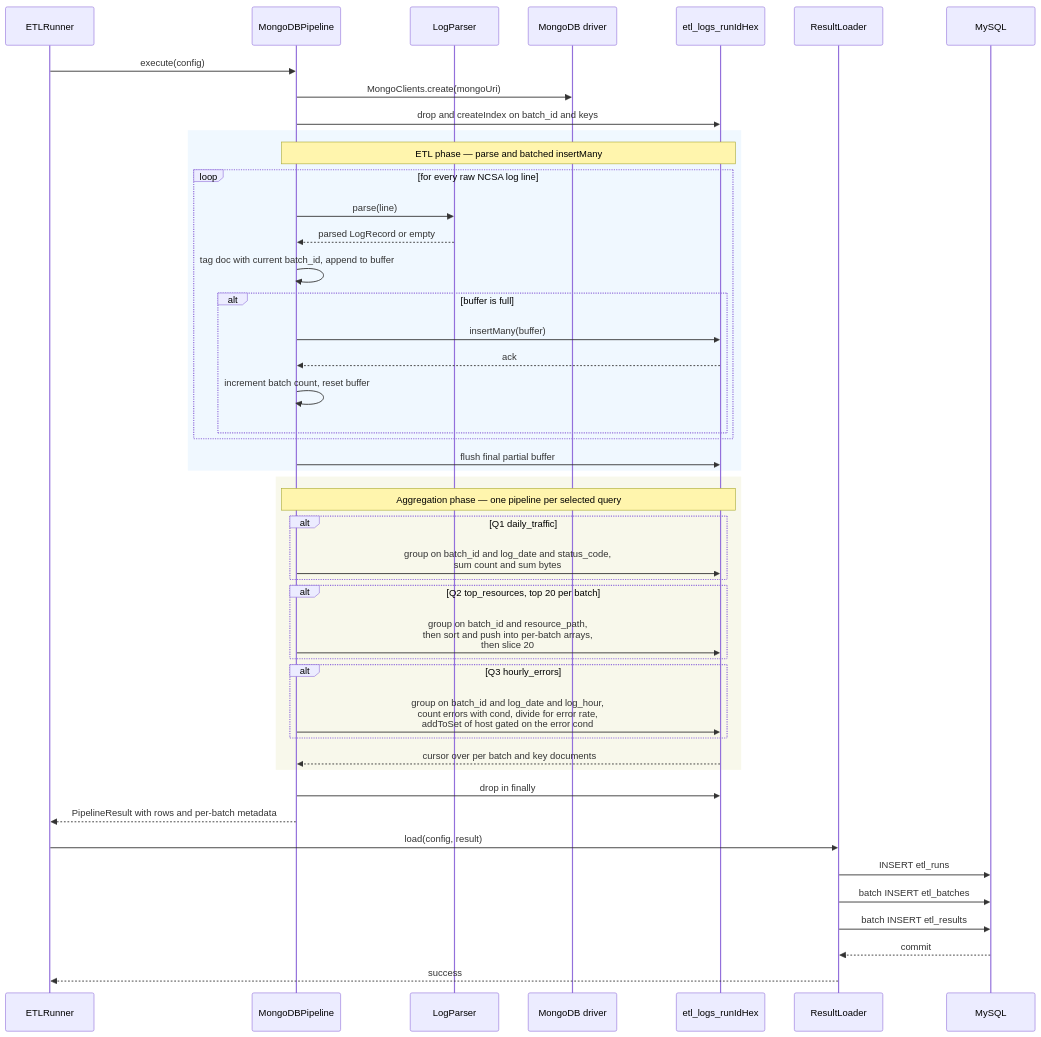
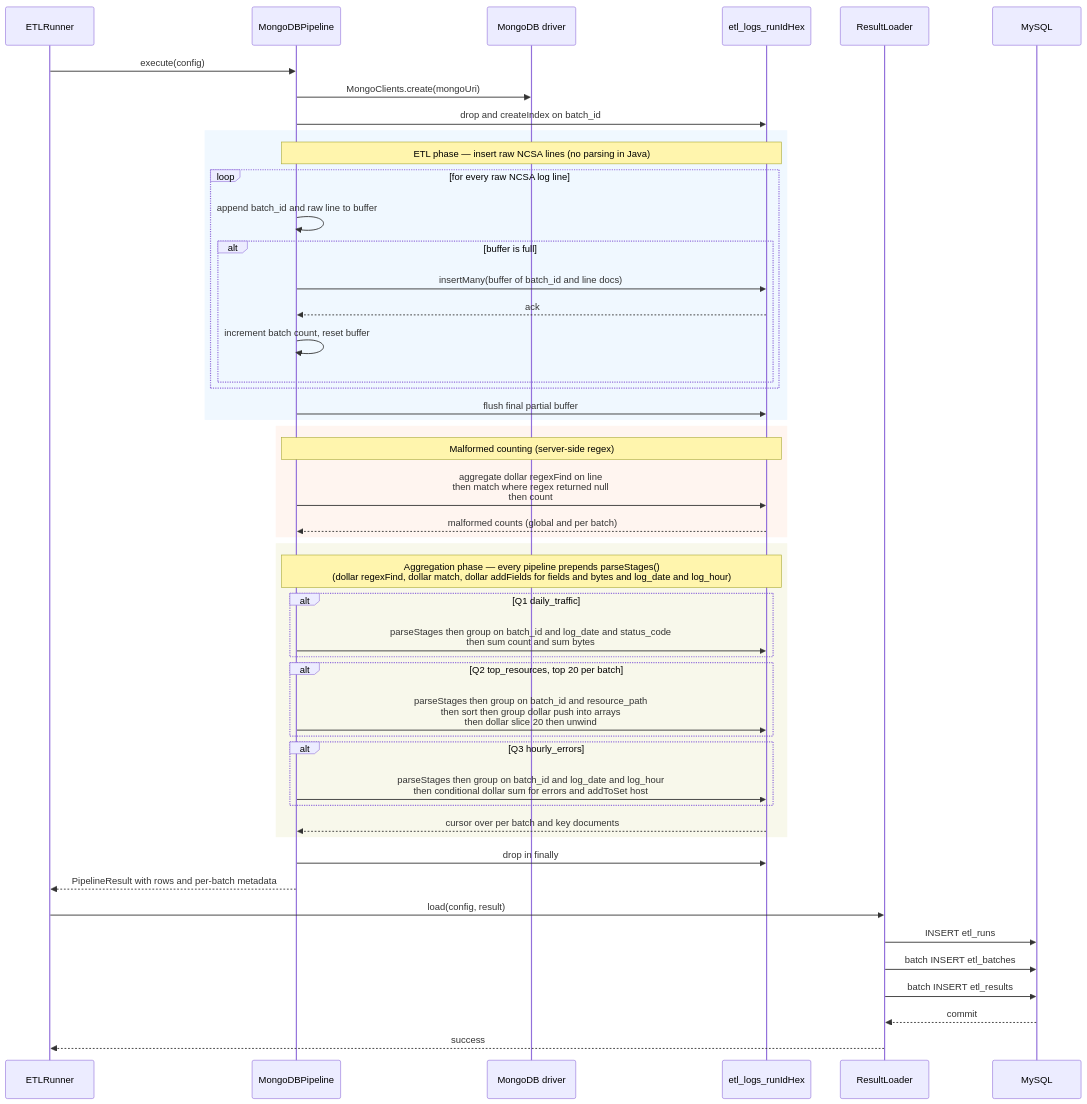
The fifth of 7 diagrams in Project/etl-framework/README.md (Rohitangshu2026/NoSQL), drawn with Mermaid before and after one commit. The commit also changed other lines of this file and 2 other files, not shown here.

First line of the commit message:
refactor(mongo,hive): push parsing inside the engine

````diff
--- a/Project/etl-framework/README.md
+++ b/Project/etl-framework/README.md
@@ -315,58 +318,61 @@
 ```mermaid
 sequenceDiagram
 
 participant Runner as ETLRunner
 participant Mongo as MongoDBPipeline
-participant LP as LogParser
 participant DR as MongoDB driver
 participant Coll as etl_logs_runIdHex
 participant Loader as ResultLoader
 participant DB as MySQL
 
 Runner->>Mongo: execute(config)
 
 Mongo->>DR: MongoClients.create(mongoUri)
-Mongo->>Coll: drop and createIndex on batch_id and keys
+Mongo->>Coll: drop and createIndex on batch_id
 
 rect rgb(240, 248, 255)
-Note over Mongo,Coll: ETL phase — parse and batched insertMany
+Note over Mongo,Coll: ETL phase — insert raw NCSA lines (no parsing in Java)
 
 loop for every raw NCSA log line
-    Mongo->>LP: parse(line)
-    LP-->>Mongo: parsed LogRecord or empty
-    Mongo->>Mongo: tag doc with current batch_id, append to buffer
+    Mongo->>Mongo: append batch_id and raw line to buffer
     alt buffer is full
-        Mongo->>Coll: insertMany(buffer)
+        Mongo->>Coll: insertMany(buffer of batch_id and line docs)
         Coll-->>Mongo: ack
         Mongo->>Mongo: increment batch count, reset buffer
     end
 end
 Mongo->>Coll: flush final partial buffer
 end
 
+rect rgb(255, 245, 240)
+Note over Mongo,Coll: Malformed counting (server-side regex)
+Mongo->>Coll: aggregate dollar regexFind on line<br/>then match where regex returned null<br/>then count
+Coll-->>Mongo: malformed counts (global and per batch)
+end
+
 rect rgb(248, 248, 235)
-Note over Mongo,Coll: Aggregation phase — one pipeline per selected query
+Note over Mongo,Coll: Aggregation phase — every pipeline prepends parseStages()<br/>(dollar regexFind, dollar match, dollar addFields for fields and bytes and log_date and log_hour)
 
 alt Q1 daily_traffic
-    Mongo->>Coll: group on batch_id and log_date and status_code,<br/>sum count and sum bytes
+    Mongo->>Coll: parseStages then group on batch_id and log_date and status_code<br/>then sum count and sum bytes
 end
 alt Q2 top_resources, top 20 per batch
-    Mongo->>Coll: group on batch_id and resource_path,<br/>then sort and push into per-batch arrays,<br/>then slice 20
+    Mongo->>Coll: parseStages then group on batch_id and resource_path<br/>then sort then group dollar push into arrays<br/>then dollar slice 20 then unwind
 end
 alt Q3 hourly_errors
-    Mongo->>Coll: group on batch_id and log_date and log_hour,<br/>count errors with cond, divide for error rate,<br/>addToSet of host gated on the error cond
+    Mongo->>Coll: parseStages then group on batch_id and log_date and log_hour<br/>then conditional dollar sum for errors and addToSet host
 end
 Coll-->>Mongo: cursor over per batch and key documents
 end
 
 Mongo->>Coll: drop in finally
 
 Mongo-->>Runner: PipelineResult with rows and per-batch metadata
 
 Runner->>Loader: load(config, result)
 Loader->>DB: INSERT etl_runs
 Loader->>DB: batch INSERT etl_batches
 Loader->>DB: batch INSERT etl_results
 DB-->>Loader: commit
 Loader-->>Runner: success
 ```
````
